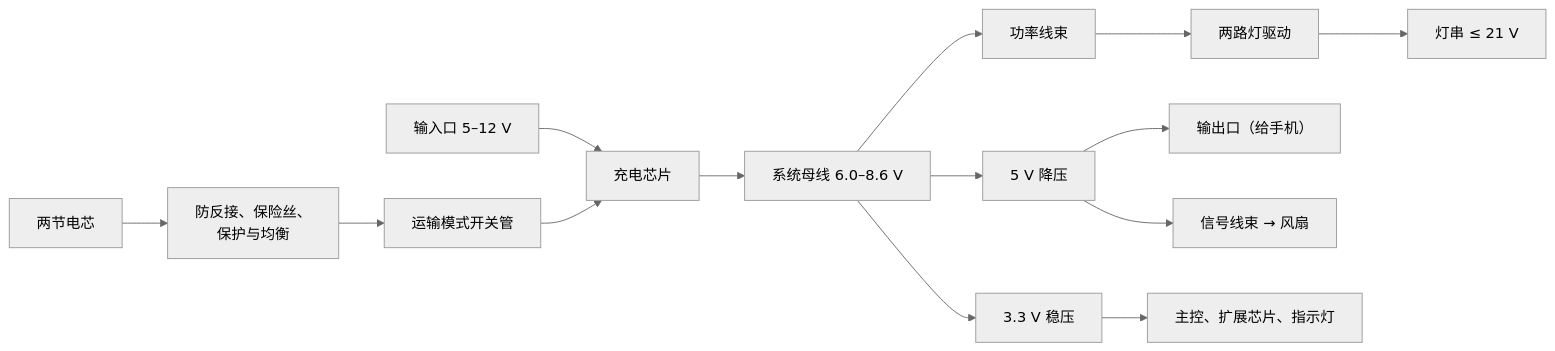
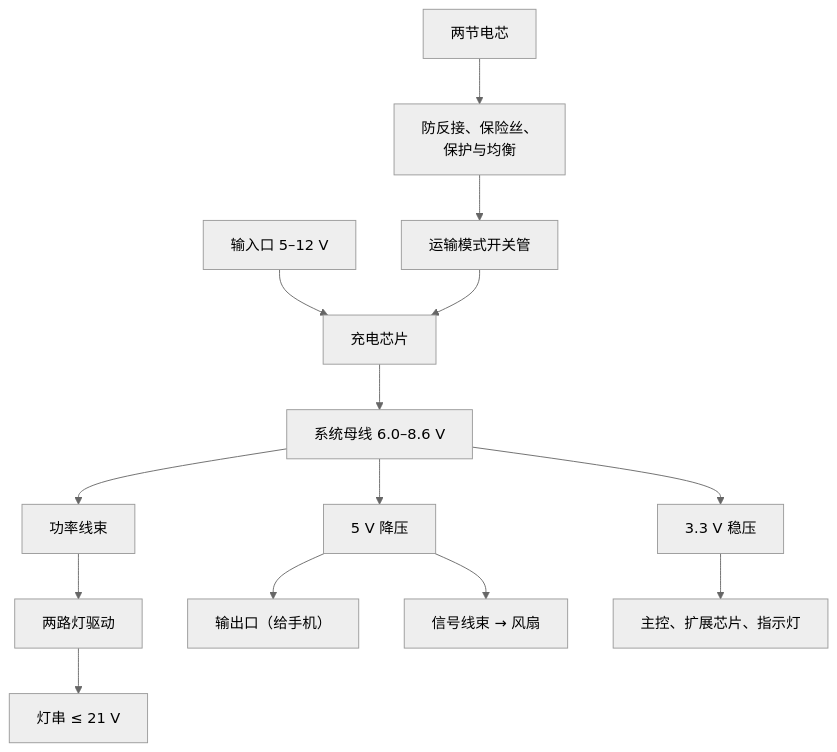
The second of 2 diagrams in docs/系统架构说明书.md (jodancain/fill-light-15pro), drawn with Mermaid (neutral theme) before and after one commit. The commit also changed 2 other files, not shown here.

Commit message:
三张横排框图改为竖排
GitHub 会把 Mermaid 图缩到正文宽度显示，三张横排图太宽，字缩得看不清。
改为竖排（flowchart TB），节点和连线不变：

- 硬件架构设计书的主板图：宽 3322 → 1033（正文宽 830 时字约 4 → 13 px）
- 系统架构说明书第 5 节电源图：宽 1679 → 912
- 规格书第 6 节电气图：宽 2206 → 710

主板图另调了语句顺序：输入口一路不再和电池一路交叉，“I²C”标签落在对应的连线上。
两处长文字加了换行，避免在词中间断开。

````diff
--- a/docs/系统架构说明书.md
+++ b/docs/系统架构说明书.md
@@ -98,10 +98,10 @@
 ```mermaid
-flowchart LR
+flowchart TB
   IN["输入口 5–12 V"] --> CHG["充电芯片"]
   CELL["两节电芯"] --> PROT["防反接、保险丝、<br/>保护与均衡"] --> SHIP["运输模式开关管"] --> CHG
   CHG --> BUS["系统母线 6.0–8.6 V"]
   BUS --> HAR["功率线束"] --> DRV["两路灯驱动"] --> STR["灯串 ≤ 21 V"]
   BUS --> B5["5 V 降压"] --> OUT["输出口（给手机）"]
   B5 --> FAN["信号线束 → 风扇"]
   BUS --> LDO["3.3 V 稳压"] --> MCU["主控、扩展芯片、指示灯"]
 ```
````
